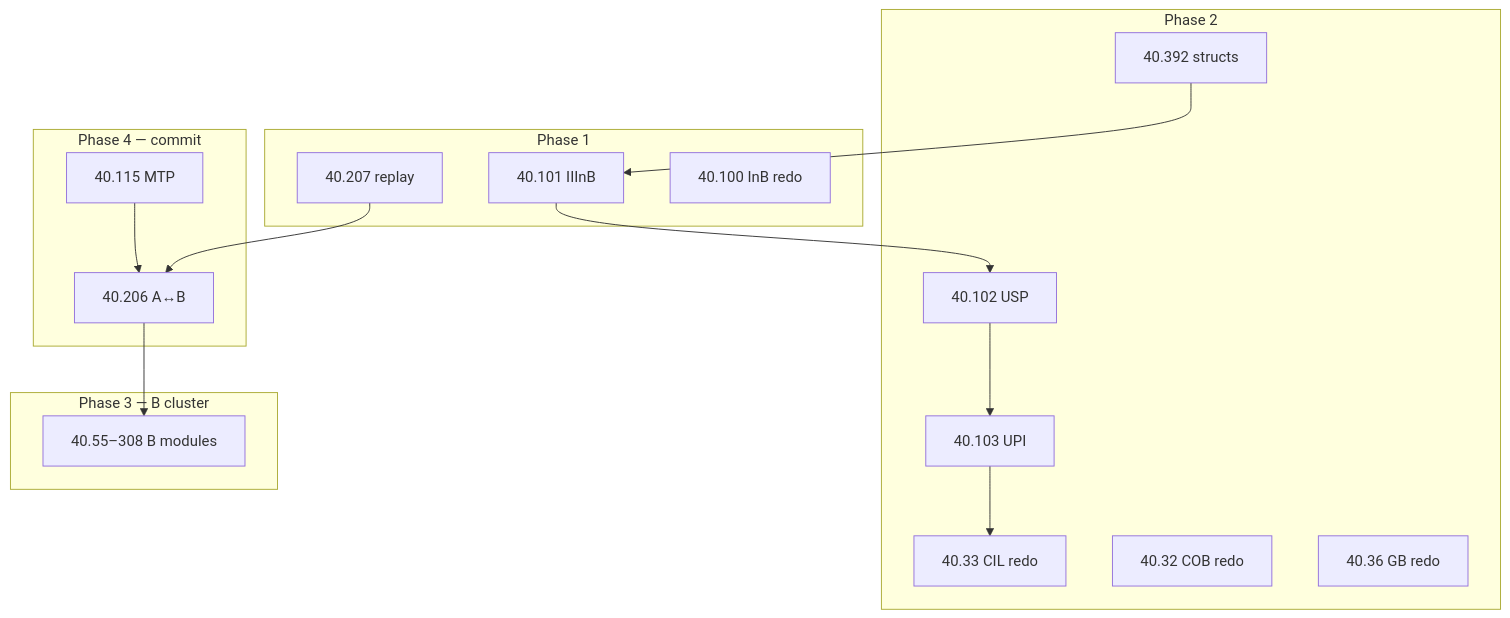
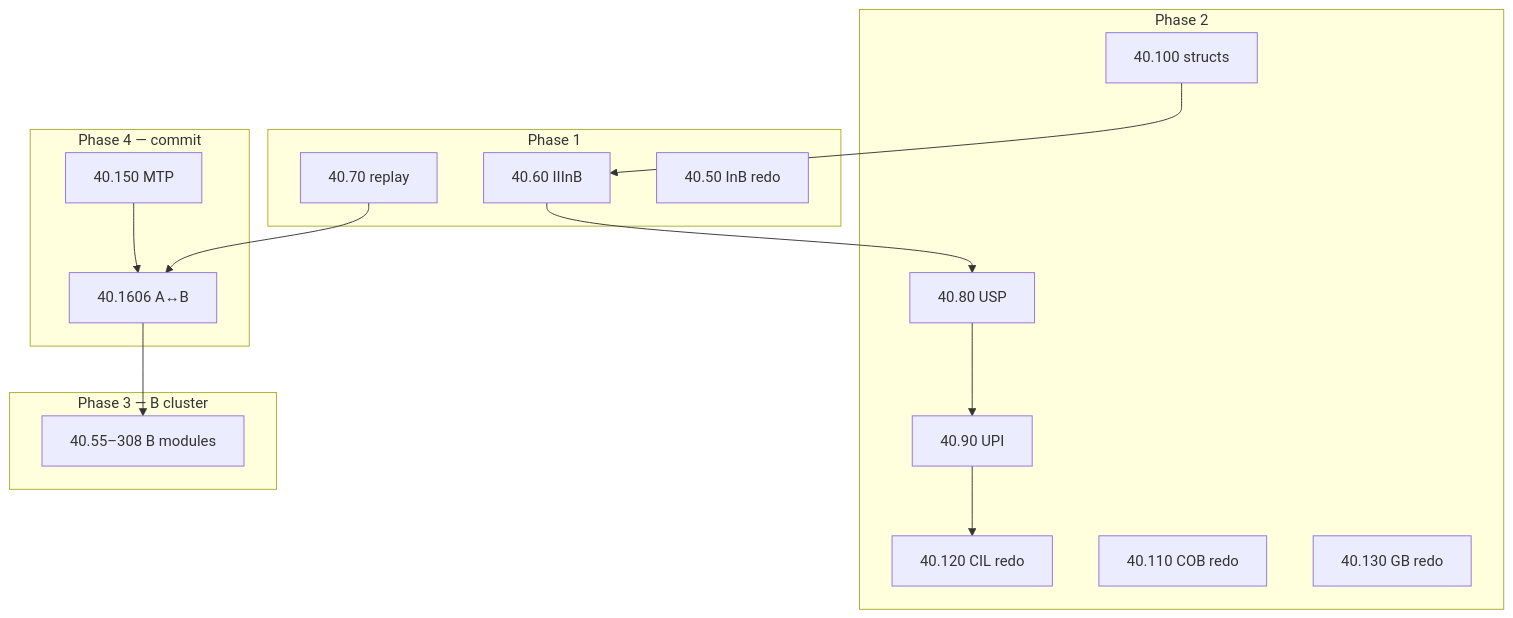
One commit to CuriousOne23/WhenMathPrays changed the third of 3 diagrams in thought_simulator/40_thought_simulator_playground/40.510_refactor.md. Above: the diagram before and after it, drawn with Mermaid. The commit also changed other lines of this file and 531 other files, not shown here.

````diff
--- a/thought_simulator/40_thought_simulator_playground/40.510_refactor.md
+++ b/thought_simulator/40_thought_simulator_playground/40.510_refactor.md
@@ -508,30 +508,30 @@
 ```mermaid
 flowchart TB
   subgraph P1["Phase 1"]
-    I101[40.101 IIInB]
-    R102[40.207 replay]
-    I100[40.100 InB redo]
+    I101[40.60 IIInB]
+    R102[40.70 replay]
+    I100[40.50 InB redo]
   end
   subgraph P2["Phase 2"]
-    U201[40.102 USP]
-    U202[40.103 UPI]
-    S203[40.392 structs]
-    CIL[40.33 CIL redo]
-    COB[40.32 COB redo]
-    GB[40.36 GB redo]
+    U201[40.80 USP]
+    U202[40.90 UPI]
+    S203[40.100 structs]
+    CIL[40.120 CIL redo]
+    COB[40.110 COB redo]
+    GB[40.130 GB redo]
   end
   subgraph P4["Phase 4 — commit"]
-    MTP[40.115 MTP]
-    SYNC[40.206 A↔B]
+    MTP[40.150 MTP]
+    SYNC[40.1606 A↔B]
   end
   subgraph P3["Phase 3 — B cluster"]
     B4[40.55–308 B modules]
   end
   I101 --> U201
   U201 --> U202
   U202 --> CIL
   S203 --> I101
   MTP --> SYNC
   SYNC --> B4
   R102 --> SYNC
 ```
````
